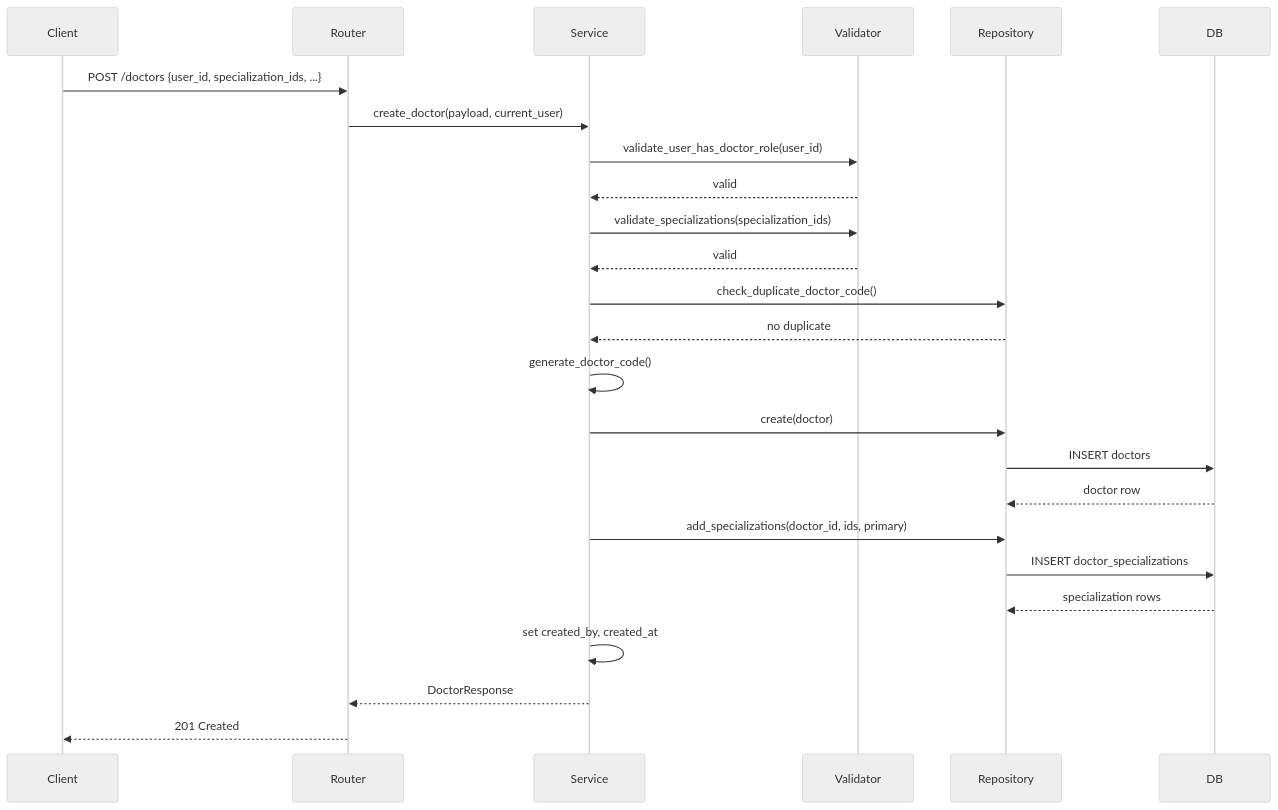
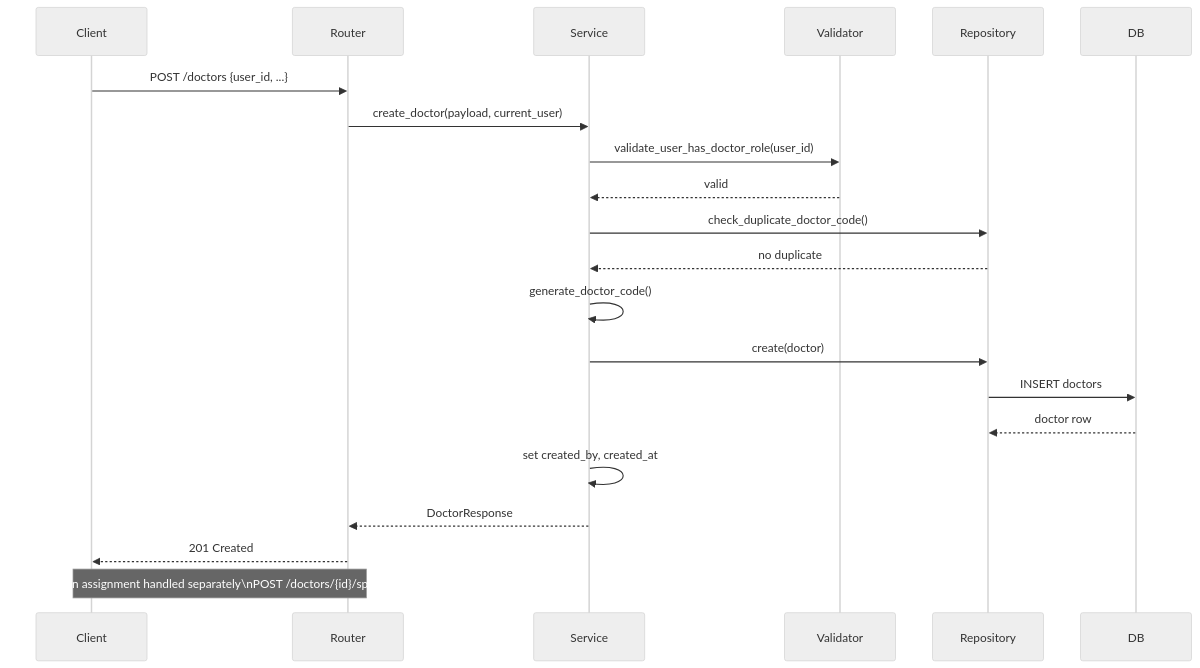
One commit to Roysonali/dental-clinic-management-system changed the third of 5 diagrams in docs/doctor-management/phase-03-architecture-design.md. Above: the diagram before and after it, drawn with Mermaid (neutral theme). The commit also changed 8 other files, not shown here.

````diff
--- a/docs/doctor-management/phase-03-architecture-design.md
+++ b/docs/doctor-management/phase-03-architecture-design.md
@@ -243,28 +243,24 @@
 ```mermaid
 sequenceDiagram
     participant Client
     participant Router
     participant Service
     participant Validator
     participant Repository
     participant DB
 
-    Client->>Router: POST /doctors {user_id, specialization_ids, ...}
+    Client->>Router: POST /doctors {user_id, ...}
     Router->>Service: create_doctor(payload, current_user)
     Service->>Validator: validate_user_has_doctor_role(user_id)
-    Validator-->>Service: valid
-    Service->>Validator: validate_specializations(specialization_ids)
     Validator-->>Service: valid
     Service->>Repository: check_duplicate_doctor_code()
     Repository-->>Service: no duplicate
     Service->>Service: generate_doctor_code()
     Service->>Repository: create(doctor)
     Repository->>DB: INSERT doctors
     DB-->>Repository: doctor row
-    Service->>Repository: add_specializations(doctor_id, ids, primary)
-    Repository->>DB: INSERT doctor_specializations
-    DB-->>Repository: specialization rows
     Service->>Service: set created_by, created_at
     Service-->>Router: DoctorResponse
     Router-->>Client: 201 Created
+    Note over Client,Router: Specialization assignment handled separately\nPOST /doctors/{id}/specializations
 ```
````
